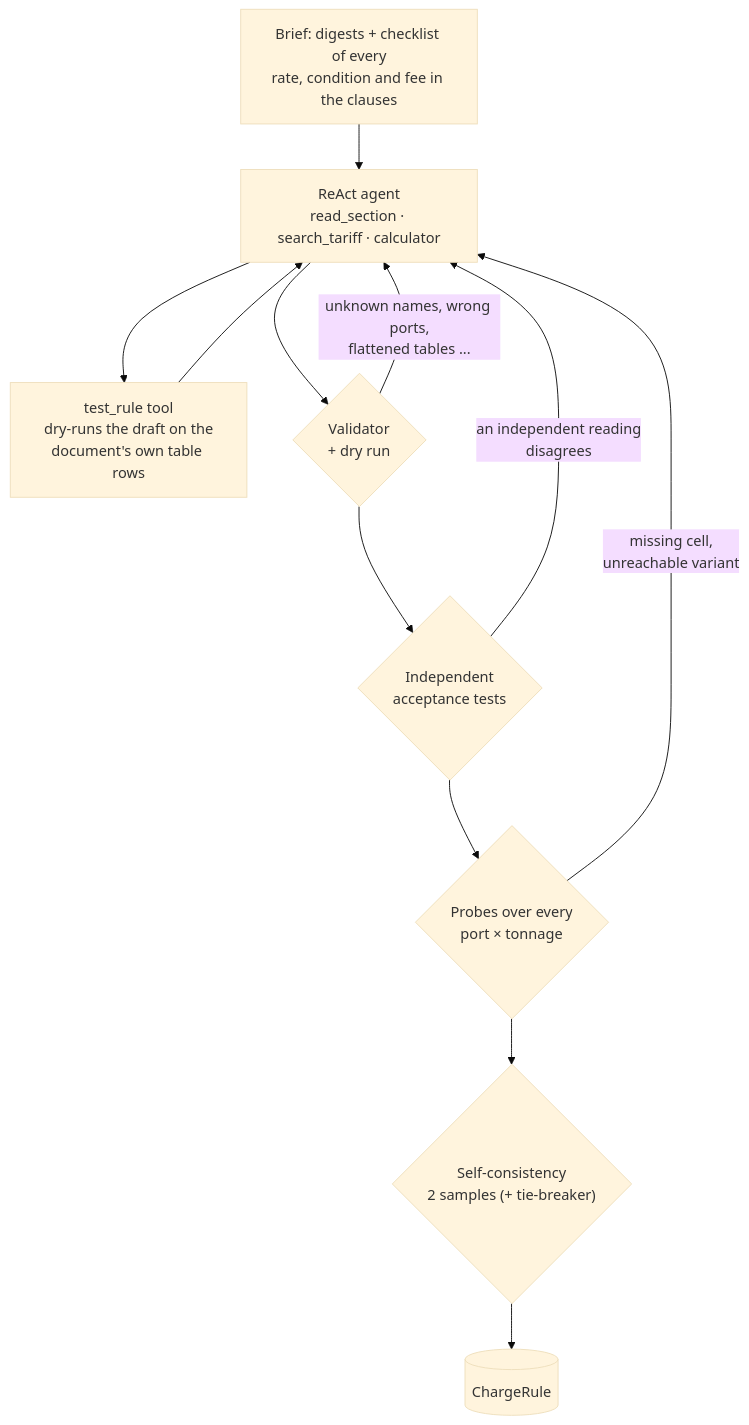
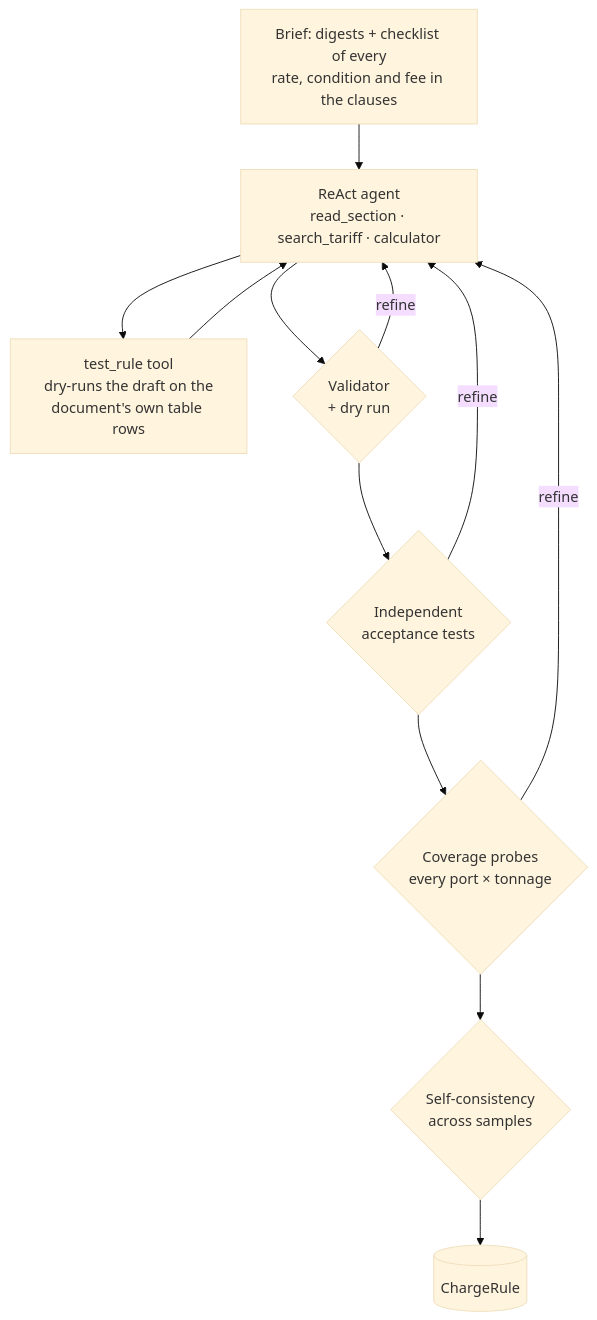
The third of 4 diagrams in README.md (melih-unsal/port-dues), drawn with Mermaid (base theme) before and after one commit. The commit also changed other lines of this file, not shown here.

````diff
--- a/README.md
+++ b/README.md
@@ -102,14 +109,14 @@
 ```mermaid
 flowchart TD
     brief["Brief: digests + checklist of every<br/>rate, condition and fee in the clauses"] --> react
     react["ReAct agent<br/>read_section · search_tariff · calculator"] --> test["test_rule tool<br/>dry-runs the draft on the<br/>document's own table rows"]
     test --> react
     react --> v{"Validator<br/>+ dry run"}
-    v -- "unknown names, wrong ports,<br/>flattened tables ..." --> react
+    v -- "refine" --> react
     v --> acc{"Independent<br/>acceptance tests"}
-    acc -- "an independent reading<br/>disagrees" --> react
-    acc --> probe{"Probes over every<br/>port × tonnage"}
-    probe -- "missing cell,<br/>unreachable variant" --> react
-    probe --> sc{"Self-consistency<br/>2 samples (+ tie-breaker)"}
+    acc -- "refine" --> react
+    acc --> probe{"Coverage probes<br/>every port × tonnage"}
+    probe -- "refine" --> react
+    probe --> sc{"Self-consistency<br/>across samples"}
     sc --> rule[("ChargeRule")]
 ```
````
